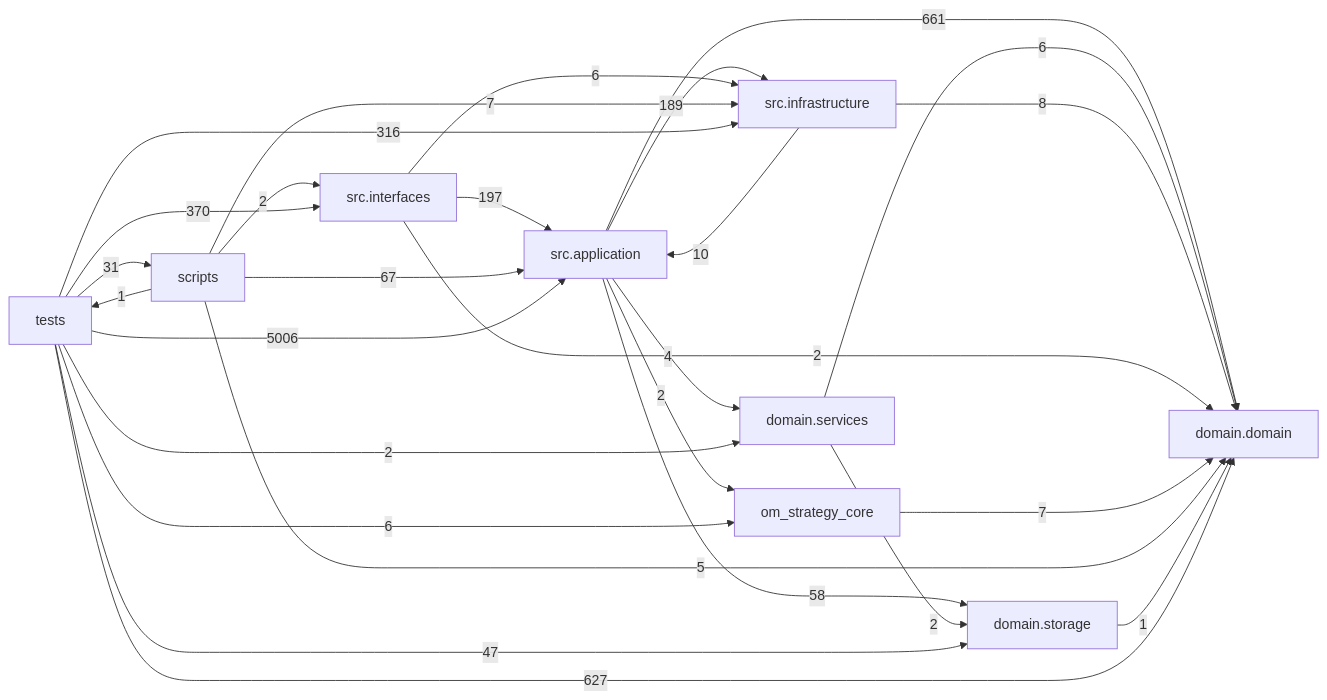
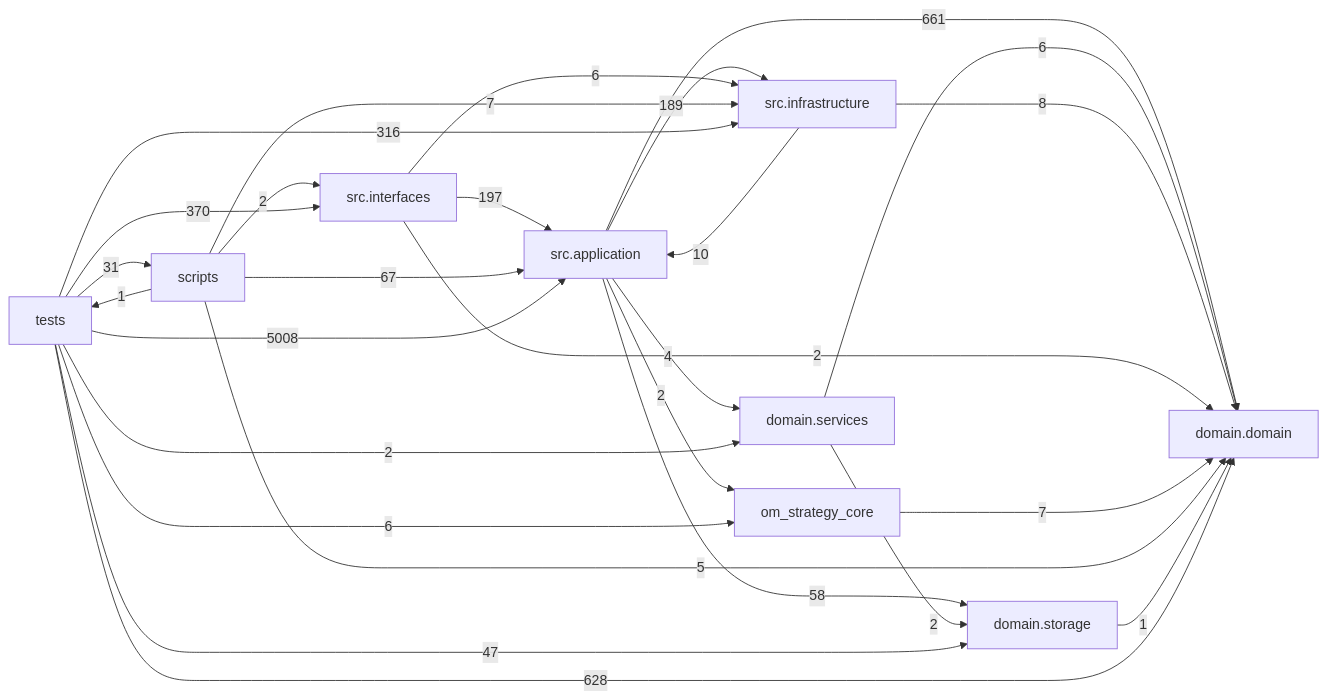
Before and after one commit to liuxie066/options-monitor: the diagram in docs/DEPENDENCY_GRAPH.md, drawn with Mermaid. The commit also changed other lines of this file and 5 other files, not shown here.

````diff
--- a/docs/DEPENDENCY_GRAPH.md
+++ b/docs/DEPENDENCY_GRAPH.md
@@ -24,38 +24,38 @@
 ```mermaid
 flowchart LR
   tests["tests"]
   scripts["scripts"]
   interfaces["src.interfaces"]
   application["src.application"]
   infrastructure["src.infrastructure"]
   domain_services["domain.services"]
   domain["domain.domain"]
   storage["domain.storage"]
   application -->|661| domain
   application -->|4| domain_services
   application -->|189| infrastructure
   application -->|2| om_strategy_core
   application -->|58| storage
   domain_services -->|6| domain
   domain_services -->|2| storage
   infrastructure -->|10| application
   infrastructure -->|8| domain
   interfaces -->|197| application
   interfaces -->|2| domain
   interfaces -->|6| infrastructure
   om_strategy_core -->|7| domain
   scripts -->|67| application
   scripts -->|5| domain
   scripts -->|7| infrastructure
   scripts -->|2| interfaces
   scripts -->|1| tests
   storage -->|1| domain
-  tests -->|5006| application
-  tests -->|627| domain
+  tests -->|5008| application
+  tests -->|628| domain
   tests -->|2| domain_services
   tests -->|316| infrastructure
   tests -->|370| interfaces
   tests -->|6| om_strategy_core
   tests -->|31| scripts
   tests -->|47| storage
 ```
````
